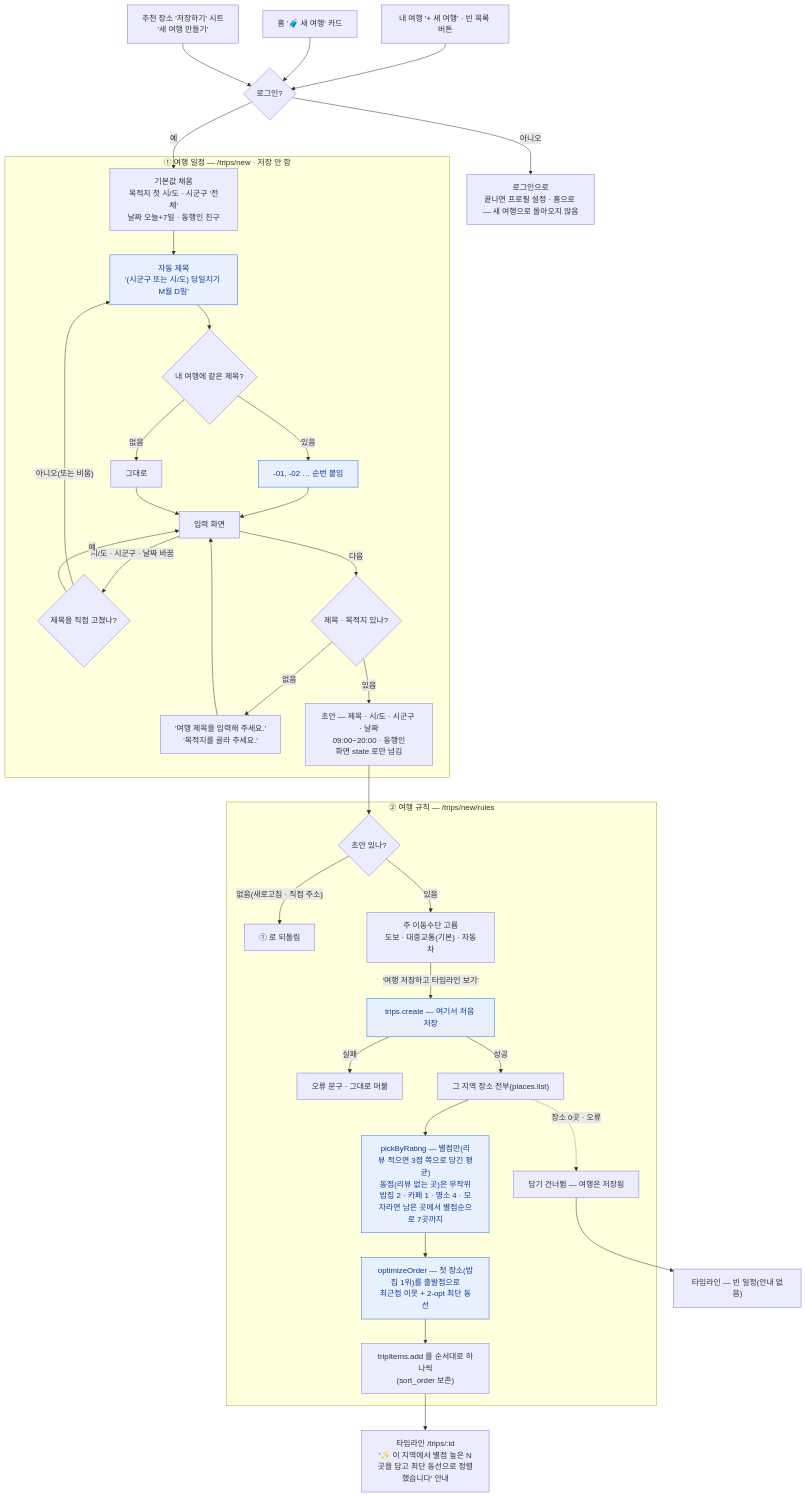
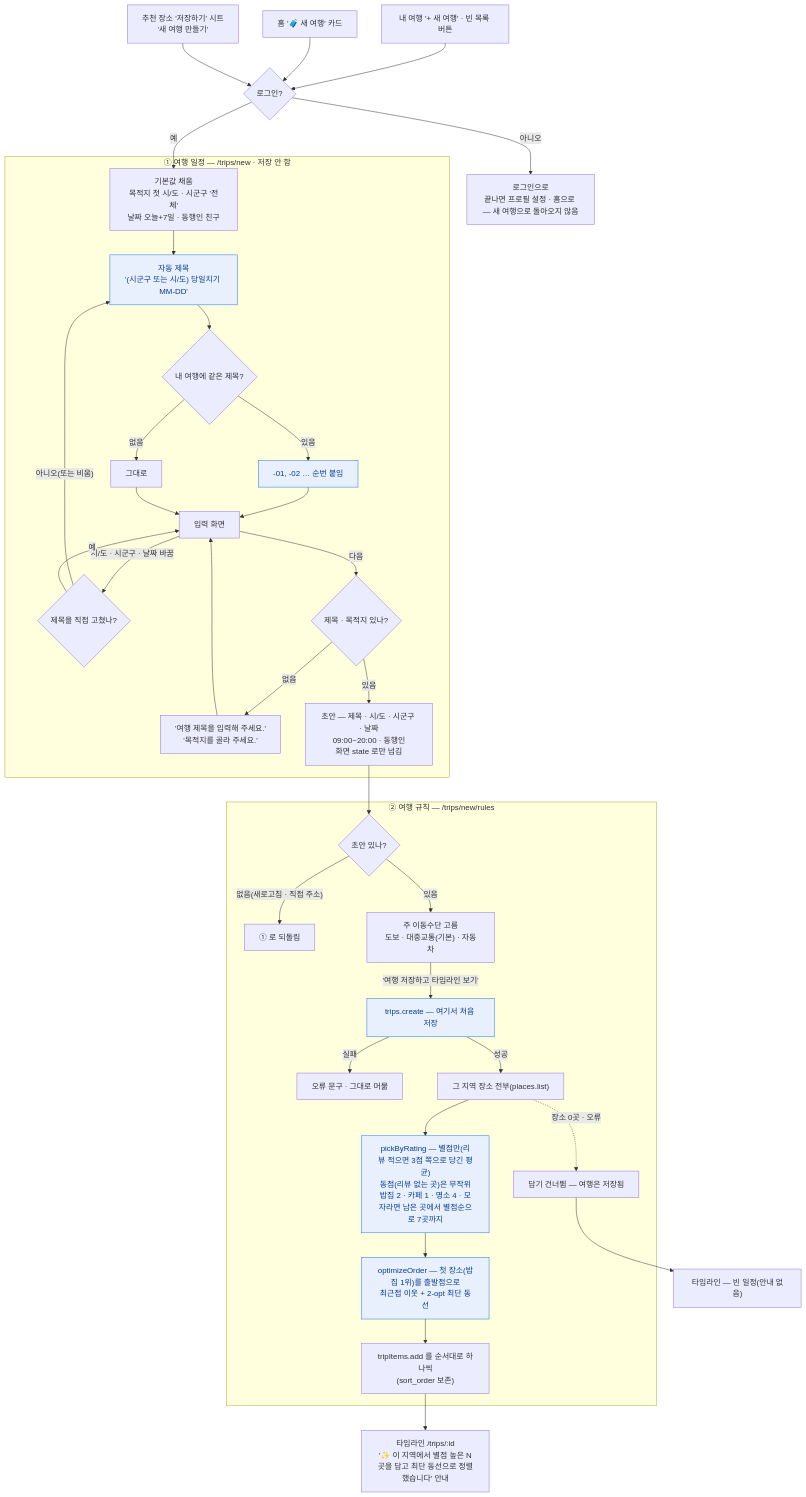
Before and after one commit to wisecomm/oneday-trip: the diagram in 플로챠트/여행-만들기.md, drawn with Mermaid. The commit also changed other lines of this file and 11 other files, not shown here.

````diff
--- a/플로챠트/여행-만들기.md
+++ b/플로챠트/여행-만들기.md
@@ -14,42 +14,42 @@
 ```mermaid
 flowchart TD
     E1["내 여행 '+ 새 여행' · 빈 목록 버튼"] --> G{"로그인?"}
     E2["홈 '🧳 새 여행' 카드"] --> G
     E3["추천 장소 '저장하기' 시트<br/>'새 여행 만들기'"] --> G
     G -- "아니오" --> L["로그인으로<br/>끝나면 프로필 설정 · 홈으로 — 새 여행으로 돌아오지 않음"]
     G -- "예" --> S1
 
     subgraph A["① 여행 일정 — /trips/new · 저장 안 함"]
-        S1["기본값 채움<br/>목적지 첫 시/도 · 시군구 '전체'<br/>날짜 오늘+7일 · 동행인 친구"] --> T1["자동 제목<br/>'(시군구 또는 시/도) 당일치기 M월 D일'"]:::dec
+        S1["기본값 채움<br/>목적지 첫 시/도 · 시군구 '전체'<br/>날짜 오늘+7일 · 동행인 친구"] --> T1["자동 제목<br/>'(시군구 또는 시/도) 당일치기 MM-DD'"]:::dec
         T1 --> T2{"내 여행에 같은 제목?"}
         T2 -- "있음" --> T3["-01, -02 … 순번 붙임"]:::dec
         T2 -- "없음" --> T4["그대로"]
         T3 --> F["입력 화면"]
         T4 --> F
         F -- "시/도 · 시군구 · 날짜 바꿈" --> T5{"제목을 직접 고쳤나?"}
         T5 -- "아니오(또는 비움)" --> T1
         T5 -- "예" --> F
         F -- "다음" --> V{"제목 · 목적지 있나?"}
         V -- "없음" --> VE["'여행 제목을 입력해 주세요.'<br/>'목적지를 골라 주세요.'"] --> F
         V -- "있음" --> D["초안 — 제목 · 시/도 · 시군구 · 날짜<br/>09:00~20:00 · 동행인<br/>화면 state 로만 넘김"]
     end
 
     D --> R0
 
     subgraph B["② 여행 규칙 — /trips/new/rules"]
         R0{"초안 있나?"} -- "없음(새로고침 · 직접 주소)" --> RB["① 로 되돌림"]
         R0 -- "있음" --> R1["주 이동수단 고름<br/>도보 · 대중교통(기본) · 자동차"]
         R1 -- "'여행 저장하고 타임라인 보기'" --> R2["trips.create — 여기서 처음 저장"]:::dec
         R2 -- "실패" --> RE["오류 문구 · 그대로 머묾"]
         R2 -- "성공" --> P1["그 지역 장소 전부(places.list)"]
         P1 --> P2["pickByRating — 별점만(리뷰 적으면 3점 쪽으로 당긴 평균)<br/>동점(리뷰 없는 곳)은 무작위<br/>밥집 2 · 카페 1 · 명소 4 · 모자라면 남은 곳에서 별점순으로 7곳까지"]:::dec
         P2 --> P3["optimizeOrder — 첫 장소(밥집 1위)를 출발점으로<br/>최근접 이웃 + 2-opt 최단 동선"]:::dec
         P3 --> P4["tripItems.add 를 순서대로 하나씩<br/>(sort_order 보존)"]
         P1 -. "장소 0곳 · 오류" .-> P5["담기 건너뜀 — 여행은 저장됨"]
     end
 
     P4 --> TL["타임라인 /trips/:id<br/>'✨ 이 지역에서 별점 높은 N곳을 담고 최단 동선으로 정렬했습니다' 안내"]
     P5 --> TL0["타임라인 — 빈 일정(안내 없음)"]
 
     classDef dec fill:#e8f0fe,stroke:#1a73e8,color:#0b3d91
 ```
````
